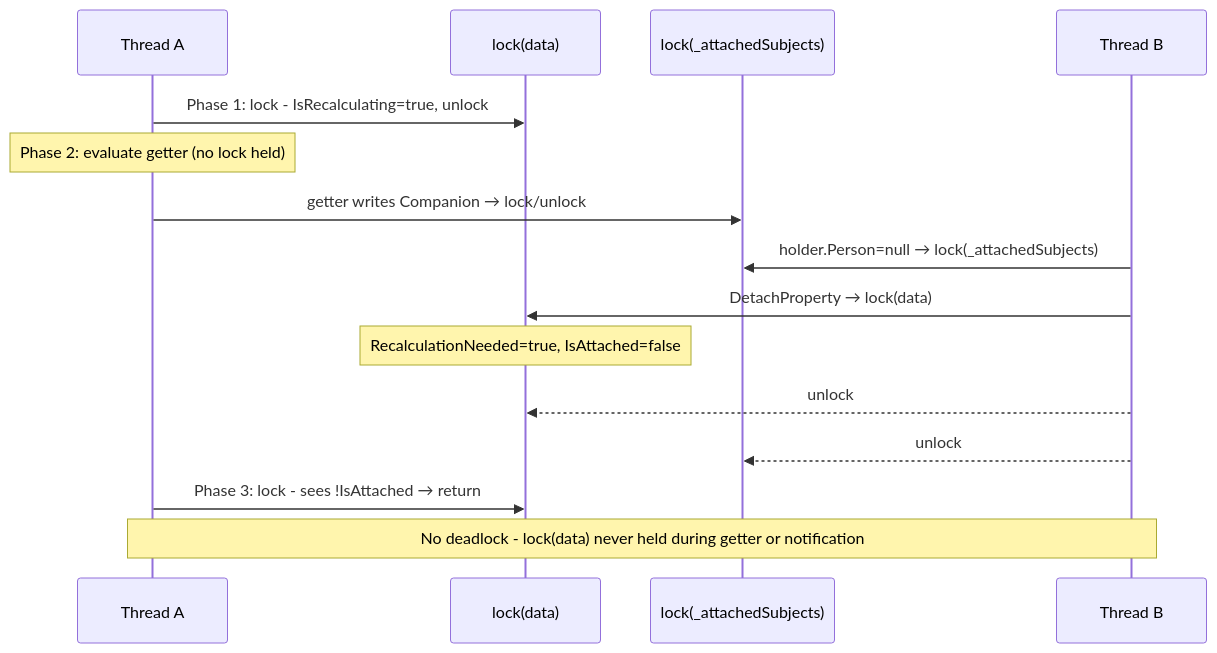
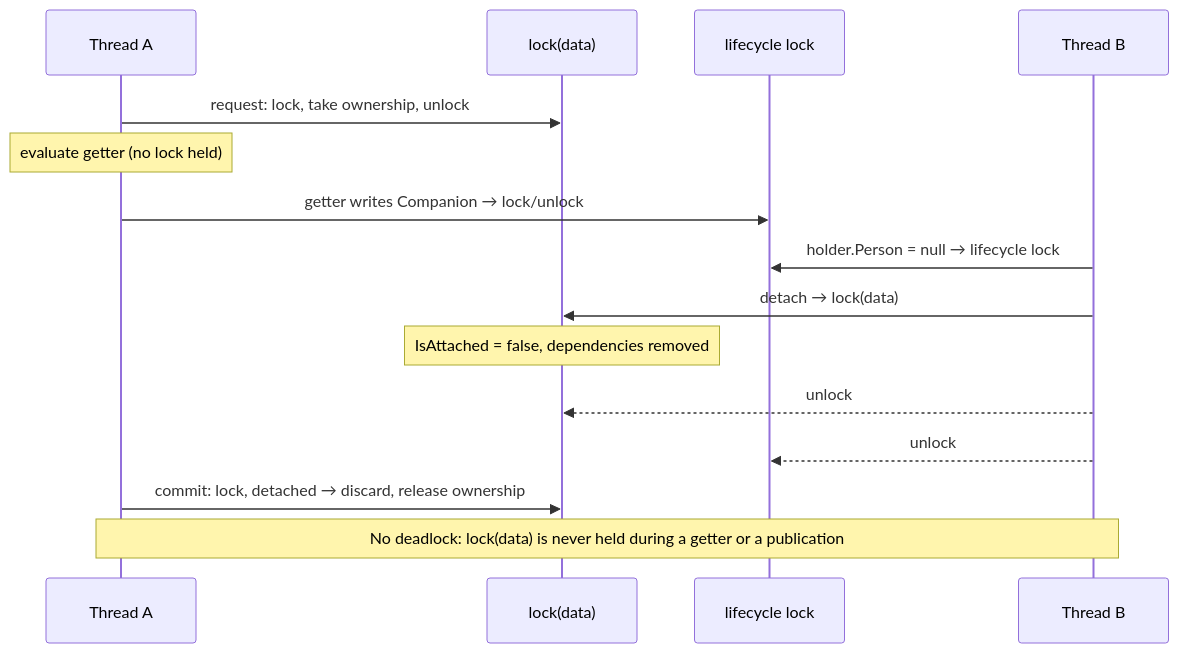
The second of 2 diagrams in docs/design/tracking-derived-properties.md (RicoSuter/Namotion.Interceptor), drawn with Mermaid before and after one commit. The commit also changed other lines of this file and 77 other files, not shown here.

````diff
--- a/docs/design/tracking-derived-properties.md
+++ b/docs/design/tracking-derived-properties.md
@@ -473,18 +329,18 @@
 ```mermaid
 sequenceDiagram
     participant A as Thread A
     participant DL as lock(data)
-    participant AL as lock(_attachedSubjects)
+    participant AL as lifecycle lock
     participant B as Thread B
 
-    A->>DL: Phase 1: lock - IsRecalculating=true, unlock
-    Note over A: Phase 2: evaluate getter (no lock held)
+    A->>DL: request: lock, take ownership, unlock
+    Note over A: evaluate getter (no lock held)
     A->>AL: getter writes Companion → lock/unlock
-    B->>AL: holder.Person=null → lock(_attachedSubjects)
-    B->>DL: DetachProperty → lock(data)
-    Note over DL: RecalculationNeeded=true, IsAttached=false
+    B->>AL: holder.Person = null → lifecycle lock
+    B->>DL: detach → lock(data)
+    Note over DL: IsAttached = false, dependencies removed
     B-->>DL: unlock
     B-->>AL: unlock
-    A->>DL: Phase 3: lock - sees !IsAttached → return
-    Note over A,B: No deadlock - lock(data) never held during getter or notification
+    A->>DL: commit: lock, detached → discard, release ownership
+    Note over A,B: No deadlock: lock(data) is never held during a getter or a publication
 ```
````
